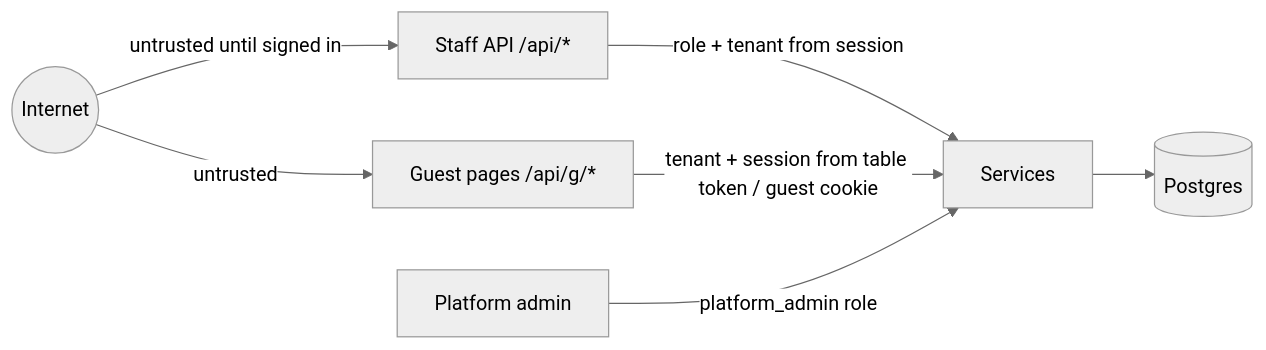
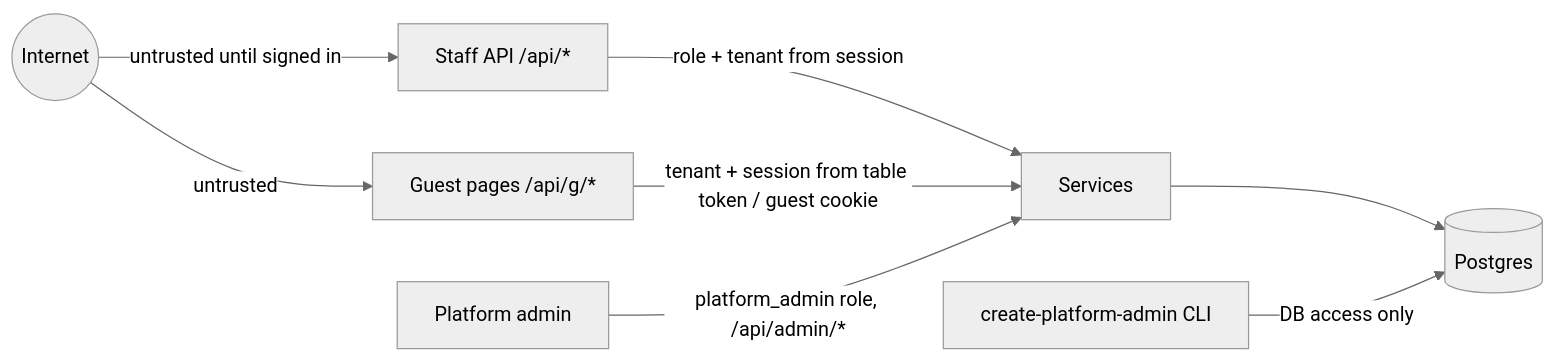
The diagram in docs/security.md (deputychinh/TableQR), drawn with Mermaid (neutral theme) before and after one commit. The commit also changed other lines of this file and 92 other files, not shown here.

First line of the commit message:
feat(api): staff accounts, role homes and platform admin suspend

````diff
--- a/docs/security.md
+++ b/docs/security.md
@@ -18,9 +18,10 @@
 ```mermaid
 flowchart LR
   internet((Internet)) -->|untrusted| guest[Guest pages /api/g/*]
   internet -->|untrusted until signed in| staff[Staff API /api/*]
   staff -->|role + tenant from session| svc[Services]
   guest -->|tenant + session from table token / guest cookie| svc
   svc --> db[(Postgres)]
-  admin[Platform admin] -->|platform_admin role| svc
+  admin[Platform admin] -->|platform_admin role, /api/admin/*| svc
+  cli[create-platform-admin CLI] -->|DB access only| db
 ```
````
